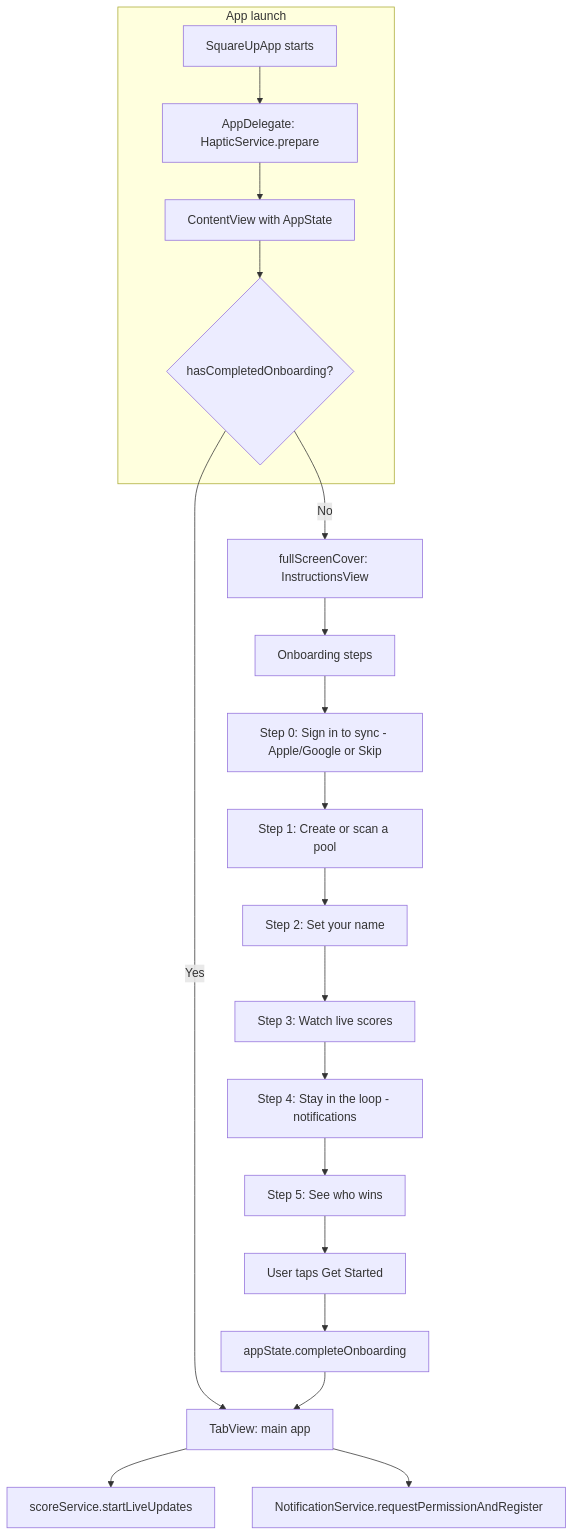
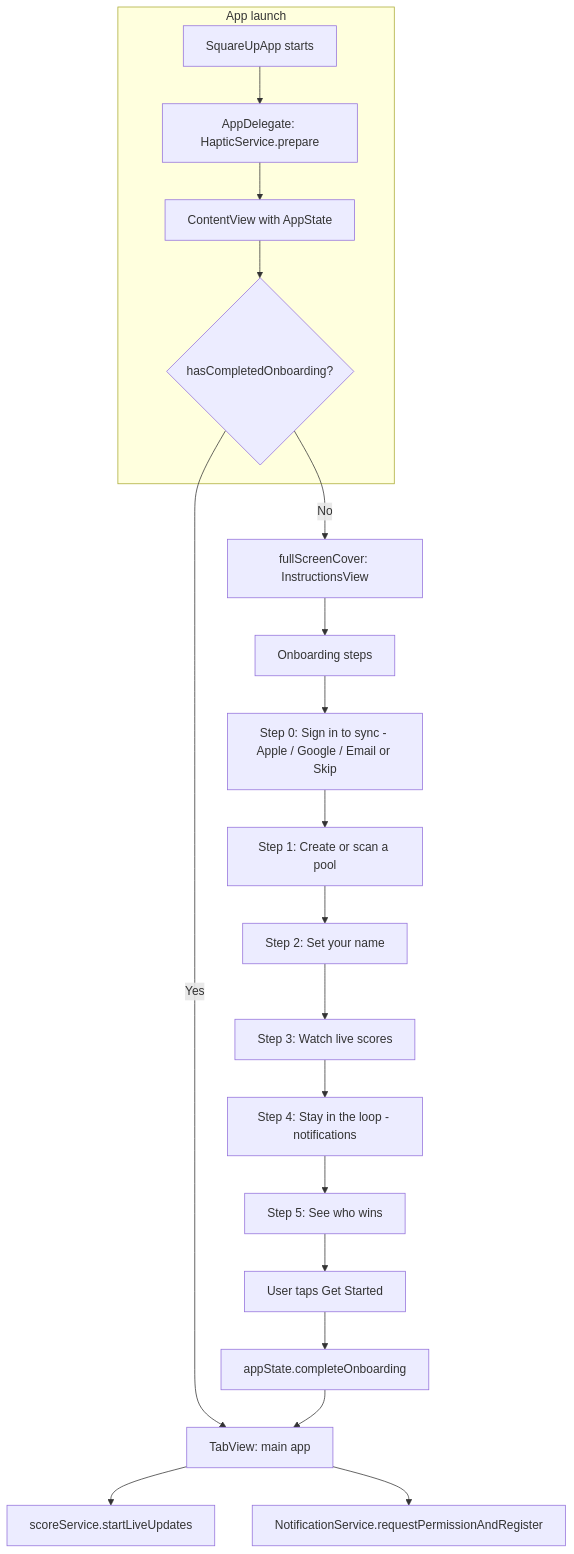
The first of 12 diagrams in docs/APP_FLOW.md (mcapace/superbowlbox), drawn with Mermaid before and after one commit. The commit also changed other lines of this file and 7 other files, not shown here.

First line of the commit message:
Docs: auth (Apple/Google/Email), schemas, flowcharts, UX

````diff
--- a/docs/APP_FLOW.md
+++ b/docs/APP_FLOW.md
@@ -9,22 +9,22 @@
 ```mermaid
 flowchart TD
     subgraph Launch["App launch"]
         A[SquareUpApp starts] --> B[AppDelegate: HapticService.prepare]
         B --> C[ContentView with AppState]
         C --> D{hasCompletedOnboarding?}
     end
     D -->|No| E[fullScreenCover: InstructionsView]
     D -->|Yes| F[TabView: main app]
     E --> G[Onboarding steps]
-    G --> G1[Step 0: Sign in to sync - Apple/Google or Skip]
+    G --> G1[Step 0: Sign in to sync - Apple / Google / Email or Skip]
     G1 --> G2[Step 1: Create or scan a pool]
     G2 --> G3[Step 2: Set your name]
     G3 --> G4[Step 3: Watch live scores]
     G4 --> G5[Step 4: Stay in the loop - notifications]
     G5 --> G6[Step 5: See who wins]
     G6 --> H[User taps Get Started]
     H --> I[appState.completeOnboarding]
     I --> F
     F --> J[scoreService.startLiveUpdates]
     F --> K[NotificationService.requestPermissionAndRegister]
 ```
````
